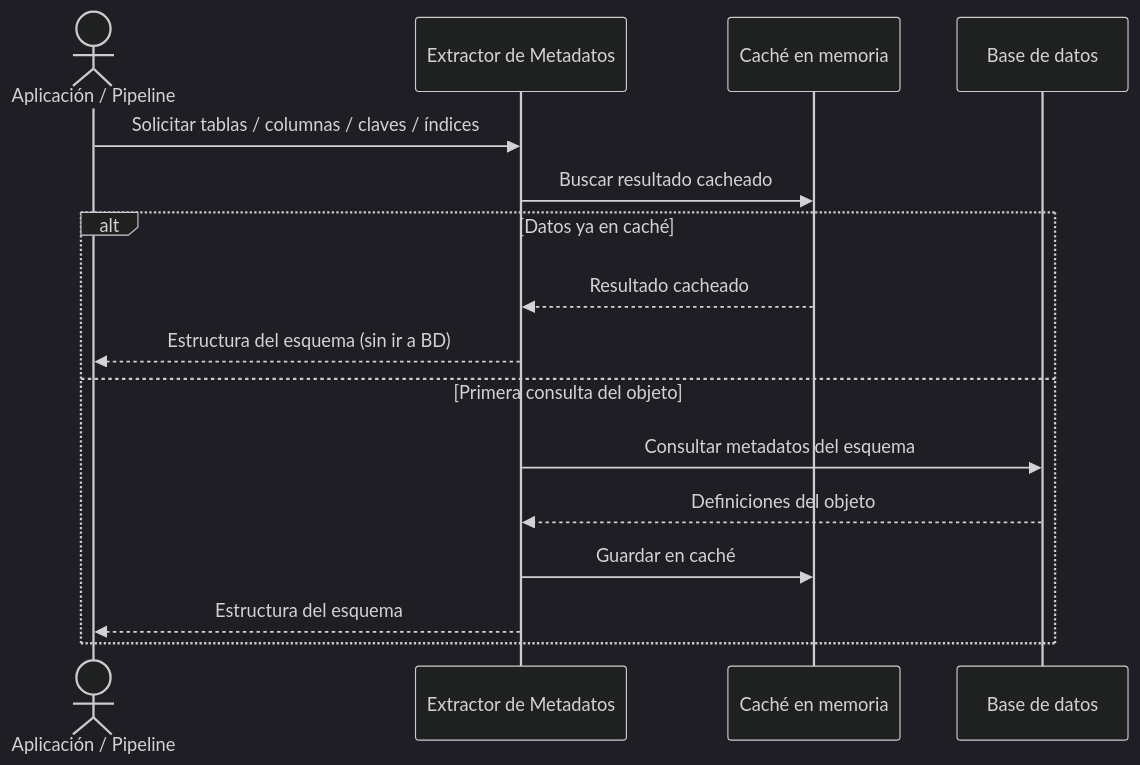
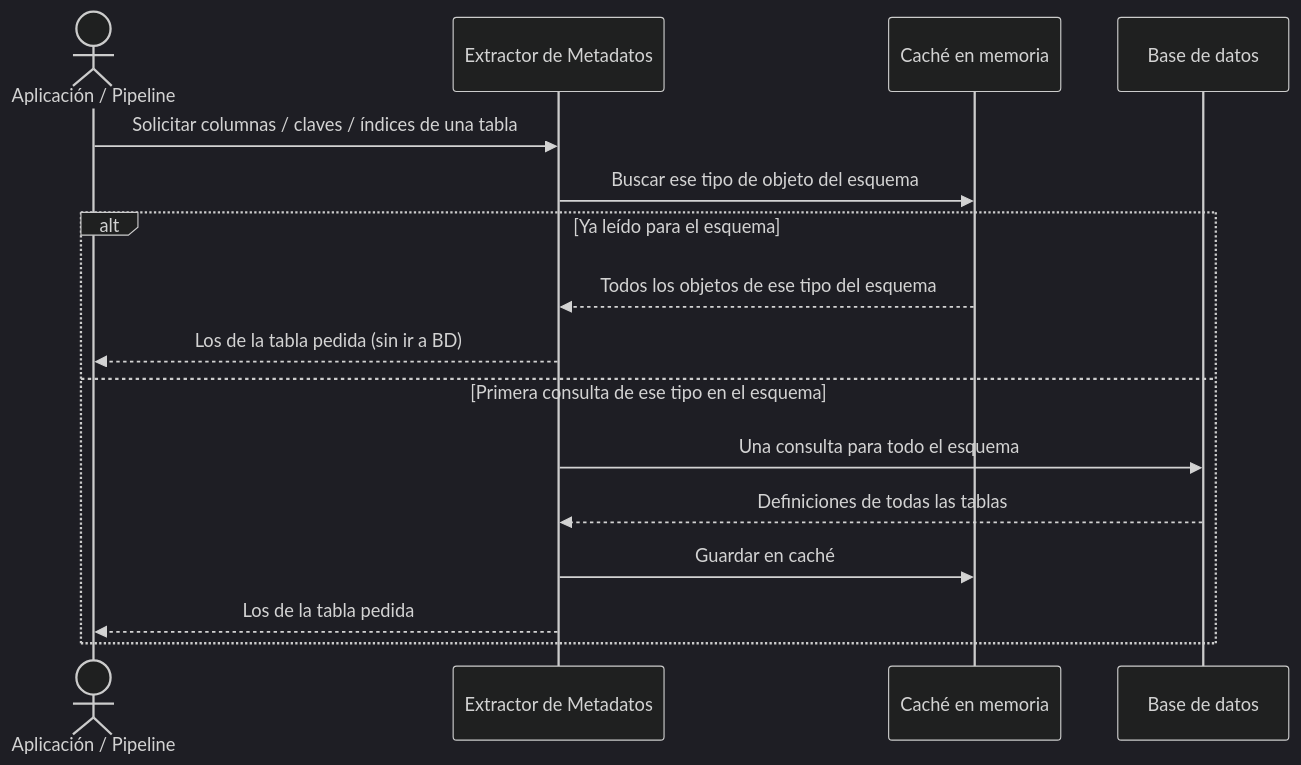
One commit to fmanza/util_bbdd changed the diagram in docs/functional/metadata_extraction.md. Above: the diagram before and after it, drawn with Mermaid (dark theme). The commit also changed other lines of this file and 11 other files, not shown here.

````diff
--- a/docs/functional/metadata_extraction.md
+++ b/docs/functional/metadata_extraction.md
@@ -29,19 +29,19 @@
 ```mermaid
 sequenceDiagram
     actor App as Aplicación / Pipeline
     participant Meta as Extractor de Metadatos
     participant Cache as Caché en memoria
     participant BD as Base de datos
 
-    App->>Meta: Solicitar tablas / columnas / claves / índices
-    Meta->>Cache: Buscar resultado cacheado
-    alt Datos ya en caché
-        Cache-->>Meta: Resultado cacheado
-        Meta-->>App: Estructura del esquema (sin ir a BD)
-    else Primera consulta del objeto
-        Meta->>BD: Consultar metadatos del esquema
-        BD-->>Meta: Definiciones del objeto
+    App->>Meta: Solicitar columnas / claves / índices de una tabla
+    Meta->>Cache: Buscar ese tipo de objeto del esquema
+    alt Ya leído para el esquema
+        Cache-->>Meta: Todos los objetos de ese tipo del esquema
+        Meta-->>App: Los de la tabla pedida (sin ir a BD)
+    else Primera consulta de ese tipo en el esquema
+        Meta->>BD: Una consulta para todo el esquema
+        BD-->>Meta: Definiciones de todas las tablas
         Meta->>Cache: Guardar en caché
-        Meta-->>App: Estructura del esquema
+        Meta-->>App: Los de la tabla pedida
     end
 ```
````
